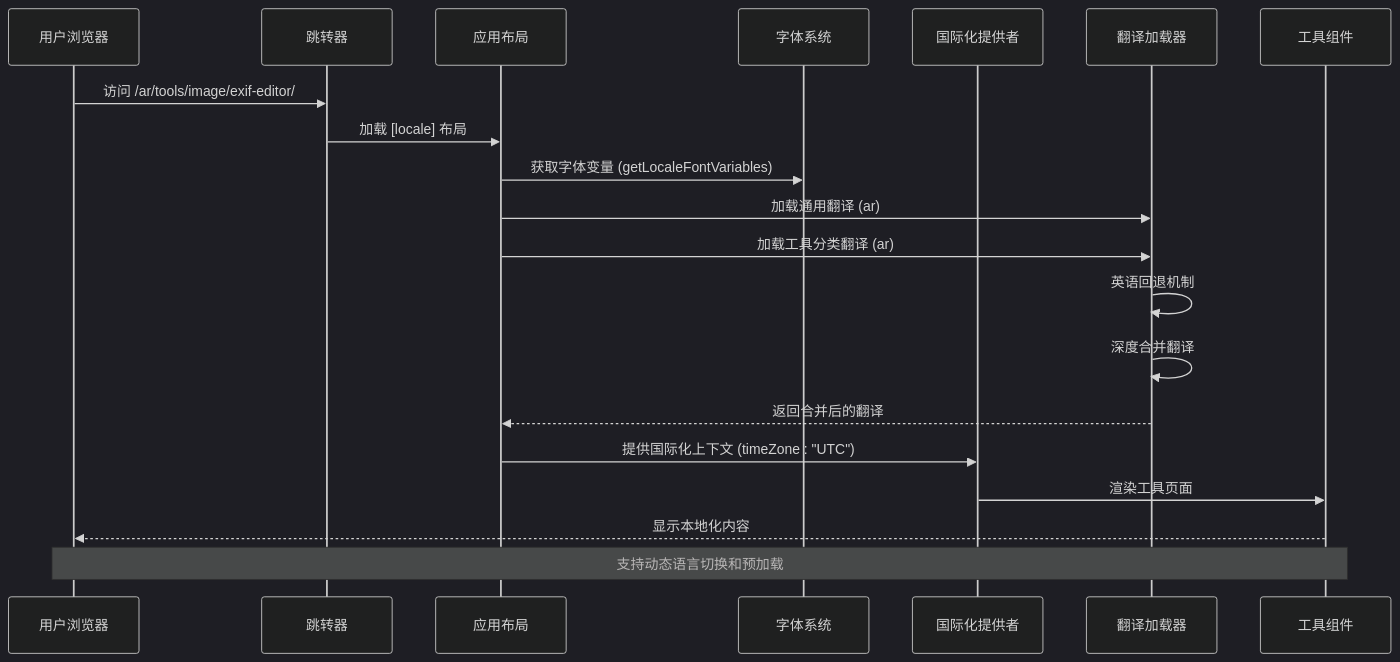
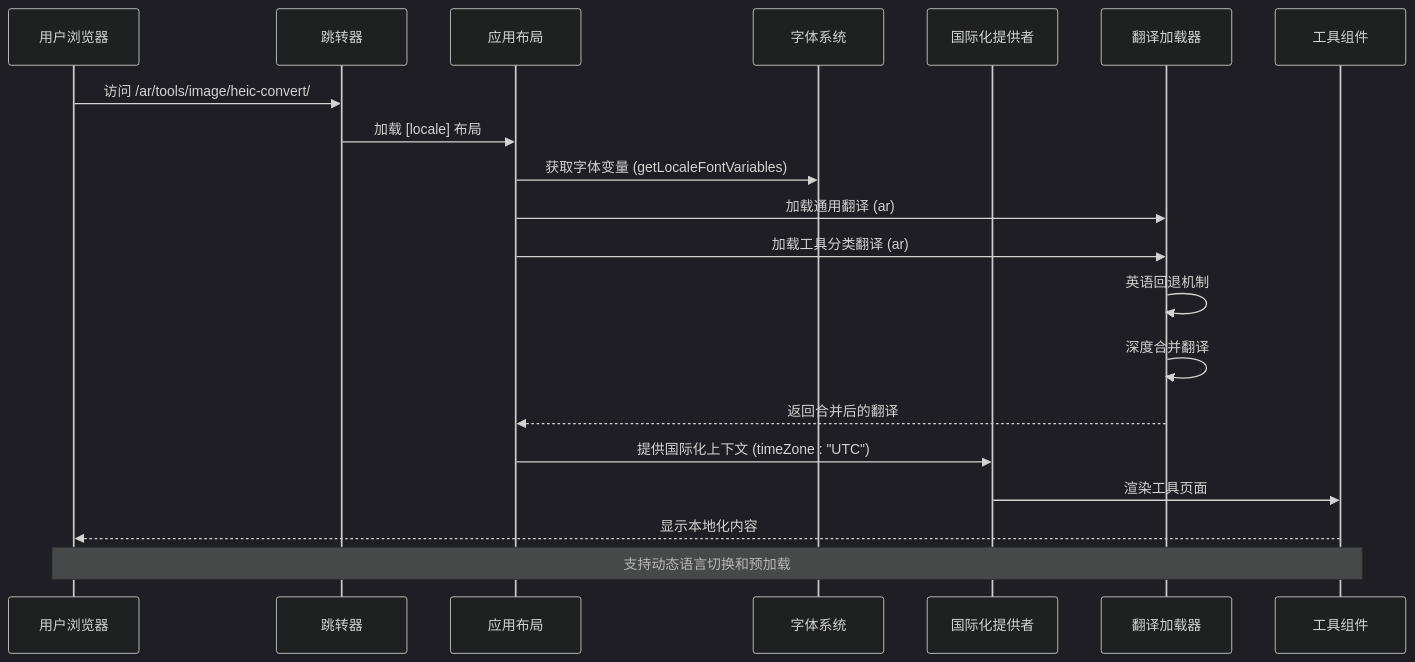
Before and after one commit to sgyy/privadeck: the seventh of 13 diagrams in .qoder/repowiki/zh/content/技术架构/国际化系统.md, drawn with Mermaid (dark theme). The commit also changed other lines of this file and 5 other files, not shown here.

First line of the commit message:
feat(heic): 重构HEIC转换工具，支持EXIF解析和图像编辑

````diff
--- a/.qoder/repowiki/zh/content/技术架构/国际化系统.md
+++ b/.qoder/repowiki/zh/content/技术架构/国际化系统.md
@@ -533,22 +565,22 @@
 ```mermaid
 sequenceDiagram
 participant User as 用户浏览器
 participant Router as 跳转器
 participant Layout as 应用布局
 participant Fonts as 字体系统
 participant Provider as 国际化提供者
 participant Messages as 翻译加载器
 participant Tools as 工具组件
-User->>Router : 访问 /ar/tools/image/exif-editor/
+User->>Router : 访问 /ar/tools/image/heic-convert/
 Router->>Layout : 加载 [locale] 布局
 Layout->>Fonts : 获取字体变量 (getLocaleFontVariables)
 Layout->>Messages : 加载通用翻译 (ar)
 Layout->>Messages : 加载工具分类翻译 (ar)
 Messages->>Messages : 英语回退机制
 Messages->>Messages : 深度合并翻译
 Messages-->>Layout : 返回合并后的翻译
 Layout->>Provider : 提供国际化上下文 (timeZone : "UTC")
 Provider->>Tools : 渲染工具页面
 Tools-->>User : 显示本地化内容
 Note over User,Tools : 支持动态语言切换和预加载
 ```
````
